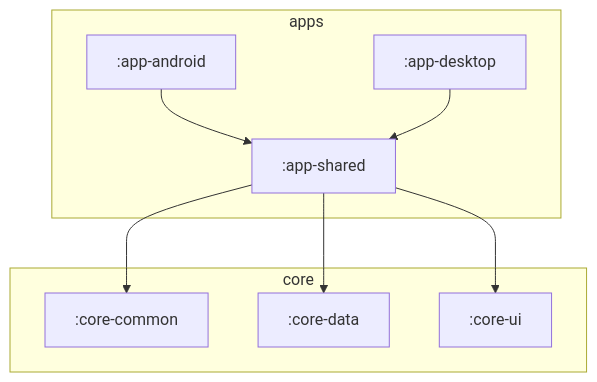
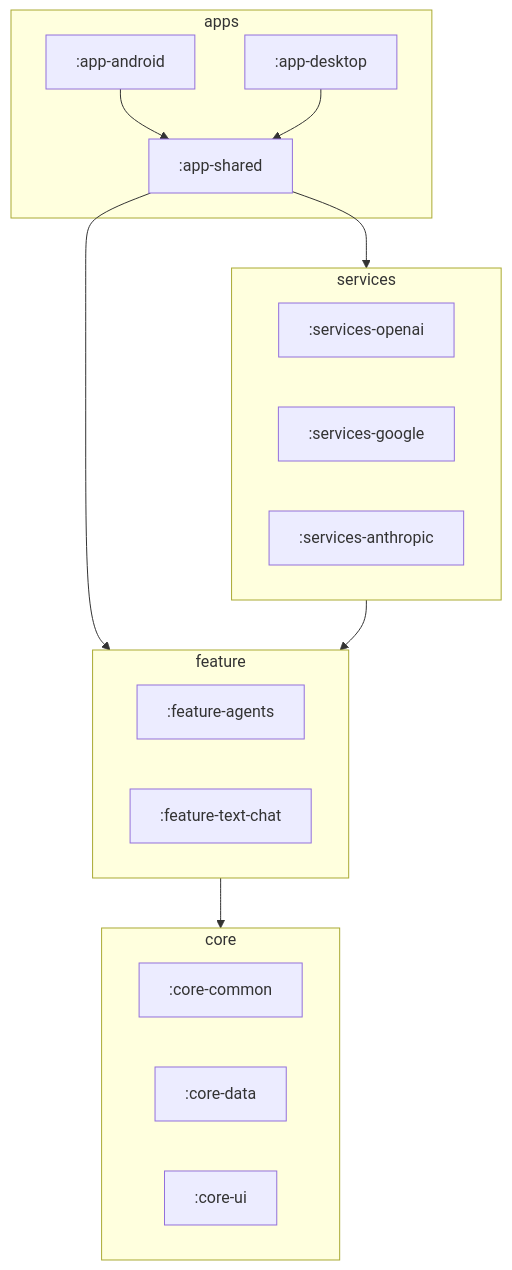
The diagram in README.md (Pointyware/Ember), drawn with Mermaid before and after one commit.

Commit message:
Update readme modularization diagram

````diff
--- a/README.md
+++ b/README.md
@@ -48,15 +48,29 @@
 ```mermaid
 
 graph
     subgraph apps
     :app-android --> :app-shared
     :app-desktop --> :app-shared
     end
-    
+
+    subgraph services
+    :services-openai
+    :services-google
+    :services-anthropic
+    end
+    :app-shared --> services
+
+    subgraph feature
+    :feature-agents
+    :feature-text-chat
+    end
+    :app-shared --> feature
+    services --> feature
+
     subgraph core
-    :app-shared --> :core-common
-    :app-shared --> :core-data
-    :app-shared --> :core-ui
+    :core-common
+    :core-data
+    :core-ui
     end
-    
+    feature --> core
 ```
````
